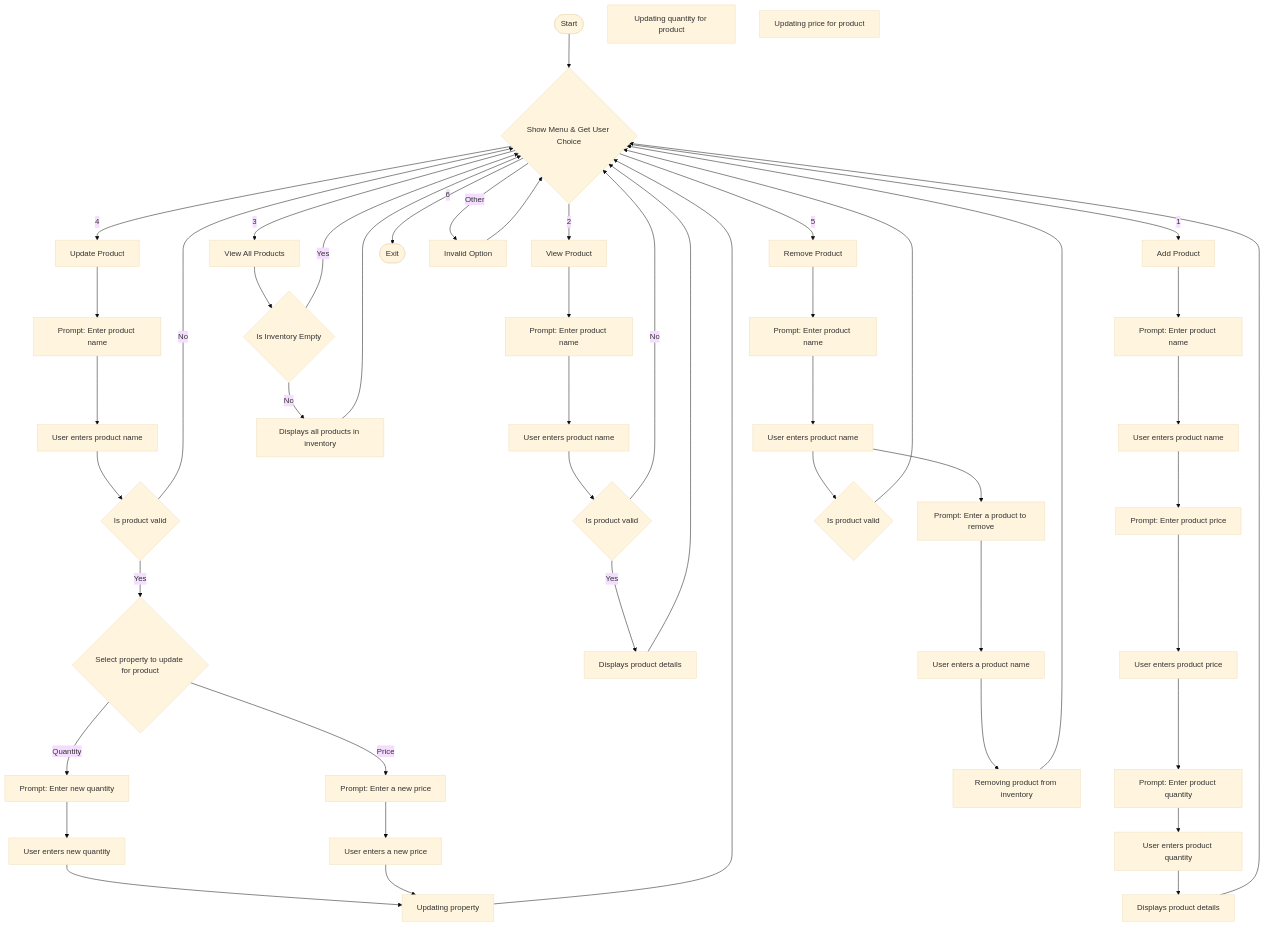
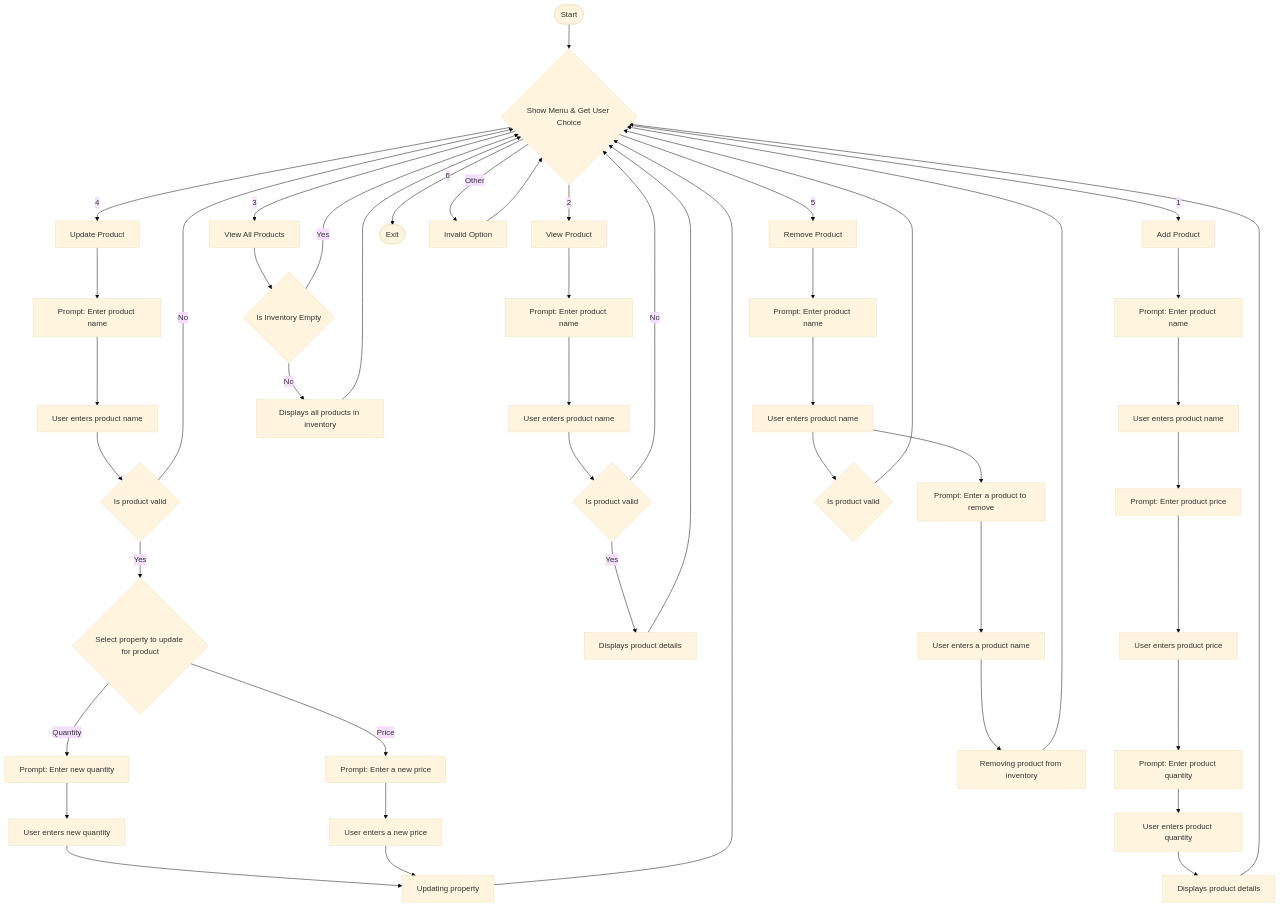
The diagram in flowchart.mmd (AdrianM10/inventory-mgmt-system), drawn with Mermaid (base theme) before and after one commit. The commit also changed 1 other file, not shown here.

```diff
--- a/flowchart.mmd
+++ b/flowchart.mmd
@@ -1,68 +1,66 @@
 flowchart TD
     Start([Start])
     Menu{Show Menu & Get User Choice}
     Add[Add Product]
     GetProductName[Prompt: Enter product name]
     SetProductName[User enters product name]
     GetProductPrice[Prompt: Enter product price]
     SetProductPrice[User enters product price]
     GetProductQty[Prompt: Enter product quantity]
     SetProductQty[User enters product quantity]
     DisplayAddProduct[Displays product details] 
     
     ViewOne[View Product]
     DisplayViewProduct[Displays product details]    
     GetProductViewOneName[Prompt: Enter product name]
     SetProductViewOneName[User enters product name]
     InvalidProduct{Is product valid}
     
     ViewAll[View All Products]
     InventoryEmpty{Is Inventory Empty}
     DisplayProducts[Displays all products in inventory]
     
     Update[Update Product]
     GetProductUpdateName[Prompt: Enter product name]
     SetProductUpdateName[User enters product name]
     UpdateProperty{Select property to update for product}
     GetUpdateQty[Prompt: Enter new quantity]
     SetUpdateQty[User enters new quantity]
-    UpdatedQtyMsg[Updating quantity for product]
     GetUpdatePrice[Prompt: Enter a new price]
     SetUpdatePrice[User enters a new price]
-    UpdatedPriceMsg[Updating price for product]
     InvalidProductUpdate{Is product valid}
     PostUpdatedProperty[Updating property]
 
     
     Remove[Remove Product]
     GetProductRemovalName[Prompt: Enter product name]
     SetProductRemovalName[User enters product name]
     GetRemovalProduct[Prompt: Enter a product to remove]
     SetRemovalProduct[User enters a product name]
     RemovalMsg[Removing product from inventory]
     InvalidProductRemoval{Is product valid}
     
     Exit([Exit])
     Invalid[Invalid Option]
 
     Start --> Menu
     Menu -->|1| Add
     Add --> GetProductName --> SetProductName --> GetProductPrice --> SetProductPrice --> GetProductQty --> SetProductQty --> DisplayAddProduct --> Menu
     Menu -->|2| ViewOne
     ViewOne --> GetProductViewOneName --> SetProductViewOneName --> InvalidProduct -- Yes --> DisplayViewProduct --> Menu
     InvalidProduct -- No --> Menu
     Menu -->|3| ViewAll
     ViewAll --> InventoryEmpty -- Yes --> Menu
     InventoryEmpty -- No --> DisplayProducts --> Menu
     Menu -->|4| Update
     Update --> GetProductUpdateName --> SetProductUpdateName --> InvalidProductUpdate -- Yes --> UpdateProperty
     InvalidProductUpdate -- No --> Menu
     UpdateProperty -- Quantity --> GetUpdateQty --> SetUpdateQty --> PostUpdatedProperty
     UpdateProperty -- Price --> GetUpdatePrice --> SetUpdatePrice --> PostUpdatedProperty
     PostUpdatedProperty --> Menu
     Menu -->|5| Remove
     Remove --> GetProductRemovalName --> SetProductRemovalName --> GetRemovalProduct --> SetRemovalProduct --> RemovalMsg --> Menu
     SetProductRemovalName --> InvalidProductRemoval --> Menu
     Menu -->|6| Exit
     Menu -->|Other| Invalid
     Invalid --> Menu
```
